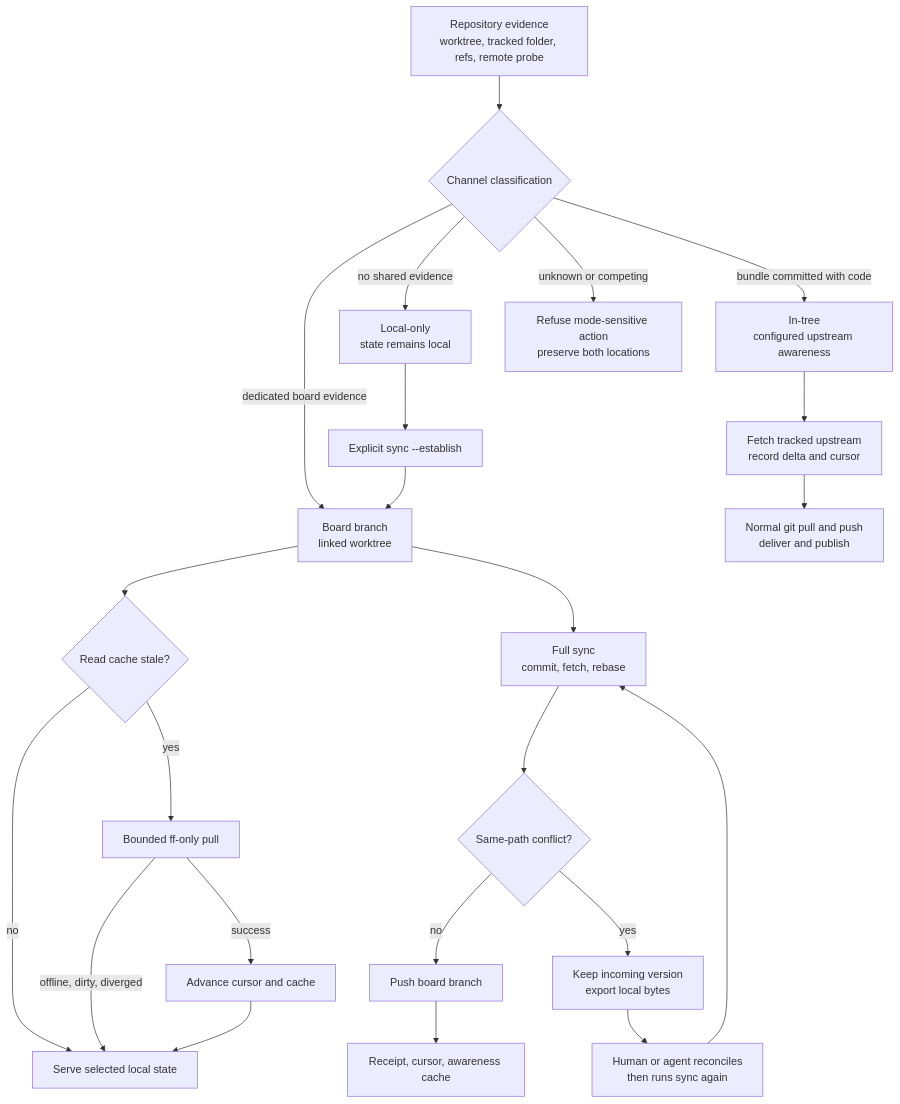
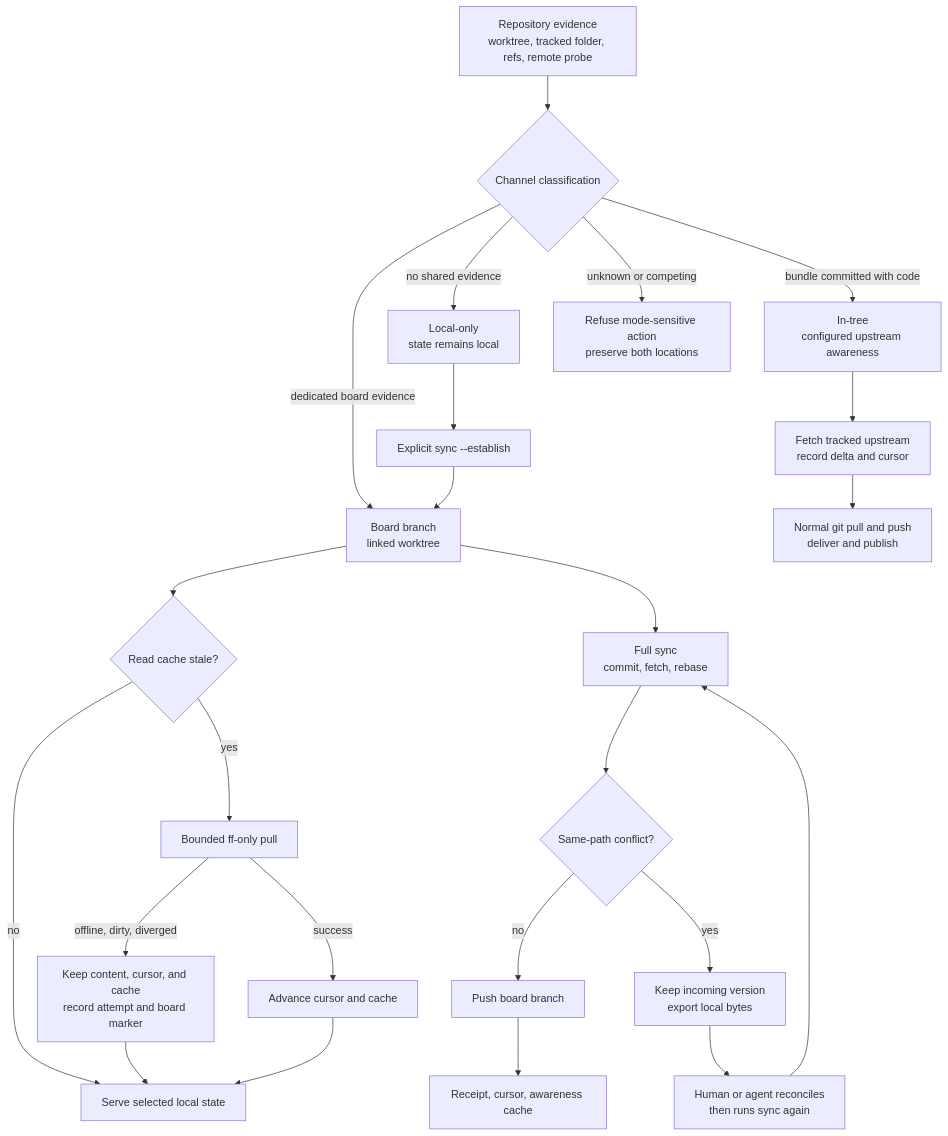
One commit to Holaxis-ai/superbee-docs changed the diagram in diagrams/sources/sharing-synchronization-and-freshness.mmd. Above: the diagram before and after it, drawn with Mermaid. The commit also changed 4 other files, not shown here.

Commit message:
docs: clarify failed freshness pull state

```diff
--- a/diagrams/sources/sharing-synchronization-and-freshness.mmd
+++ b/diagrams/sources/sharing-synchronization-and-freshness.mmd
@@ -1,36 +1,38 @@
 flowchart TD
   accTitle: Superbee sharing synchronization and freshness
   accDescr {
     Superbee classifies a bundle from Git evidence as local-only, in-tree, or a dedicated board
     branch. Local-only stays local until establishment. In-tree awareness fetches the configured
     tracking upstream while normal Git delivers changes. A stale branch-mode read may perform a
-    bounded fast-forward pull. Full sync commits, converges, preserves conflicts as exports, pushes
-    safe results, and records awareness.
+    bounded fast-forward pull. A failed pull preserves content, cursor, and awareness cache while
+    recording a retry throttle and board marker. Full sync commits, converges, preserves conflicts
+    as exports, pushes safe results, and records awareness.
   }
 
   evidence["Repository evidence<br/>worktree, tracked folder, refs, remote probe"] --> decide{"Channel classification"}
   decide -->|"no shared evidence"| local["Local-only<br/>state remains local"]
   decide -->|"bundle committed with code"| intree["In-tree<br/>configured upstream awareness"]
   decide -->|"dedicated board evidence"| branch["Board branch<br/>linked worktree"]
   decide -->|"unknown or competing"| refuse["Refuse mode-sensitive action<br/>preserve both locations"]
 
   local --> establish["Explicit sync --establish"]
   establish --> branch
 
   intree --> fetch["Fetch tracked upstream<br/>record delta and cursor"]
   fetch --> gitflow["Normal git pull and push<br/>deliver and publish"]
 
   branch --> read{"Read cache stale?"}
   read -->|"yes"| ff["Bounded ff-only pull"]
   read -->|"no"| serve["Serve selected local state"]
   ff -->|"success"| record["Advance cursor and cache"]
-  ff -->|"offline, dirty, diverged"| serve
+  ff -->|"offline, dirty, diverged"| attempt["Keep content, cursor, and cache<br/>record attempt and board marker"]
+  attempt --> serve
   record --> serve
 
   branch --> sync["Full sync<br/>commit, fetch, rebase"]
   sync --> conflict{"Same-path conflict?"}
   conflict -->|"no"| push["Push board branch"]
   conflict -->|"yes"| export["Keep incoming version<br/>export local bytes"]
   export --> reconcile["Human or agent reconciles<br/>then runs sync again"]
   reconcile --> sync
   push --> awareness["Receipt, cursor, awareness cache"]
```
